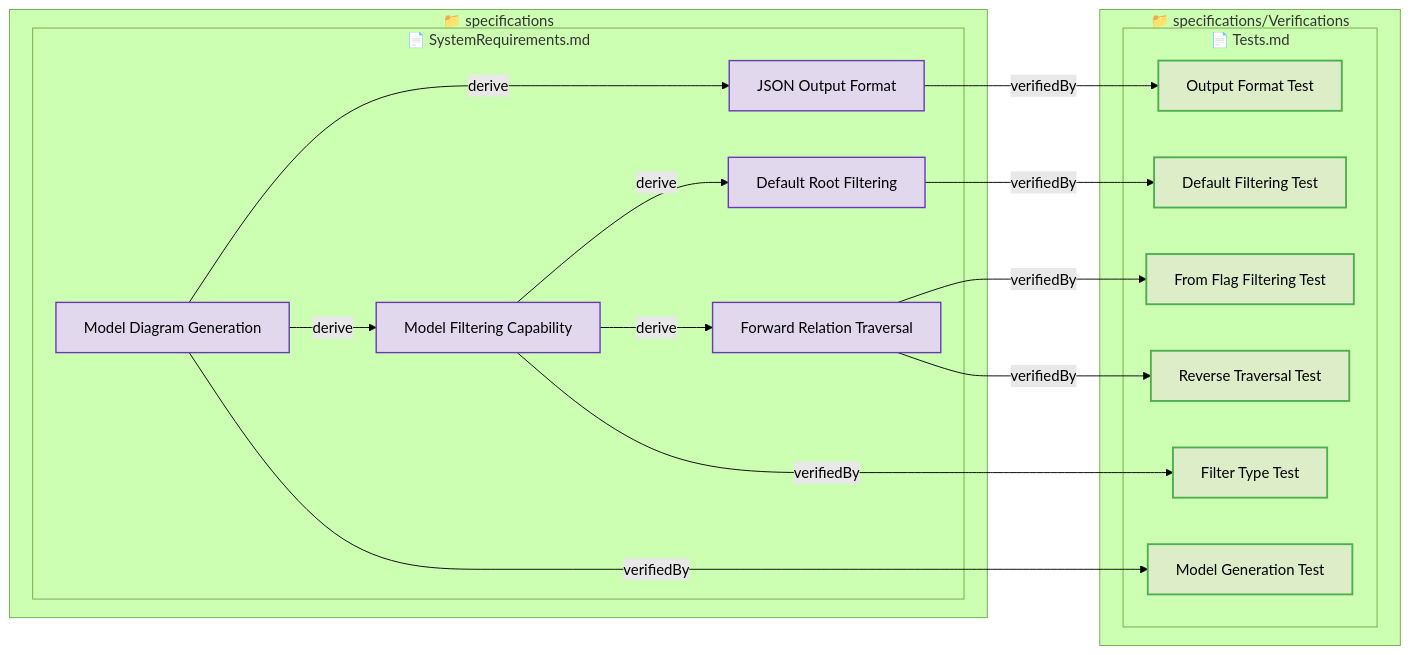
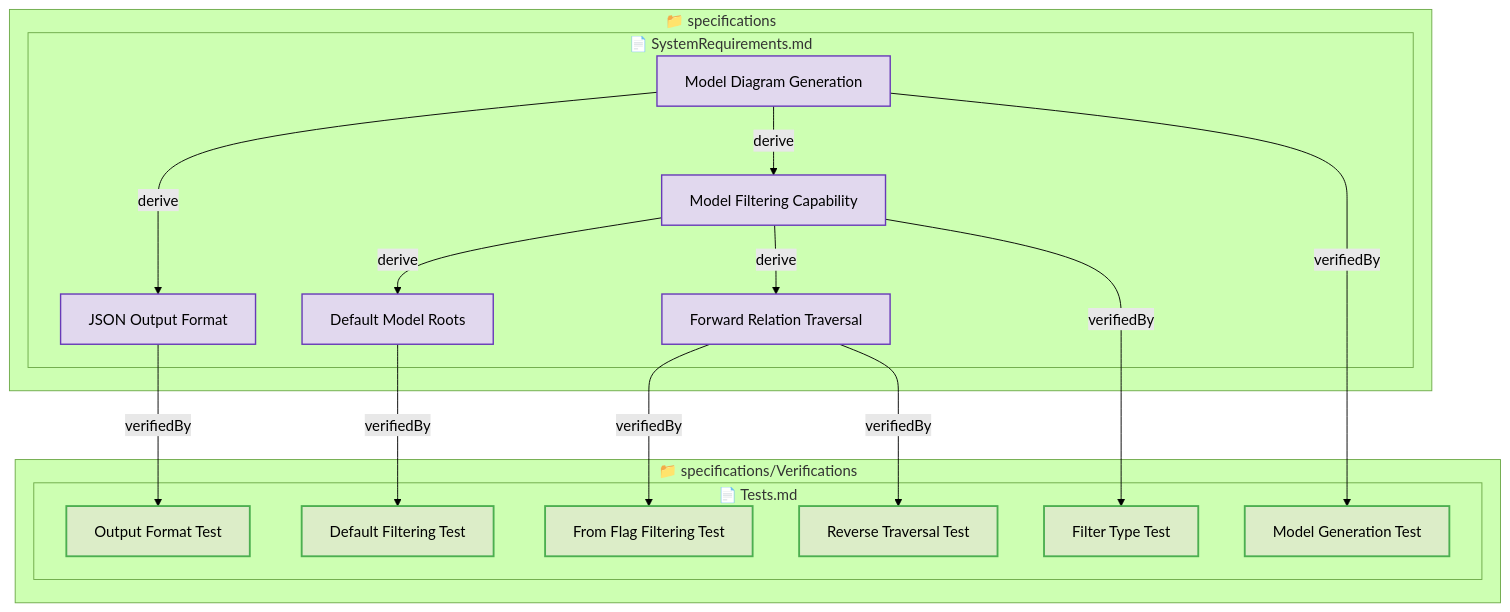
Before and after one commit to reqvire-org/reqvire: the diagram in tests/test-model-command/expected/expected_filtered_output.md, drawn with Mermaid (forest theme). The commit also changed 446 other files, not shown here.

````diff
--- a/tests/test-model-command/expected/expected_filtered_output.md
+++ b/tests/test-model-command/expected/expected_filtered_output.md
@@ -11,62 +11,63 @@
 ```mermaid
-graph LR
-  classDef userRequirement fill:#D1C4E9,stroke:#7E57C2,stroke-width:2px;
+graph TD
+  classDef feature fill:#BBDEFB,stroke:#1976D2,stroke-width:2.5px;
   classDef systemRequirement fill:#E1D8EE,stroke:#673AB7,stroke-width:1.5px;
+  classDef ontology fill:#F4E3A1,stroke:#B08A00,stroke-width:2px;
   classDef verification fill:#DCEDC8,stroke:#4CAF50,stroke-width:2px;
   classDef default fill:#F5F5F5,stroke:#424242,stroke-width:1.5px;
 
   classDef folder fill:#FAFAFA,stroke:#9E9E9E,stroke-width:3px;
   classDef file fill:#FFF8E1,stroke:#FFCA28,stroke-width:2px;
 
   subgraph 9d68b769fcbc79d0["📁 specifications"]
     subgraph 77808752d543f615["📄 SystemRequirements.md"]
-      6208b4add030277e["Default Root Filtering"];
-      class 6208b4add030277e systemRequirement;
-      click 6208b4add030277e "specifications/SystemRequirements.md#default-root-filtering";
+      f352ca56d3ce0fdd["Default Model Roots"];
+      class f352ca56d3ce0fdd systemRequirement;
+      click f352ca56d3ce0fdd "specifications/SystemRequirements.md#default-model-roots";
       f7eb2f9d9cd7bb11["Forward Relation Traversal"];
       class f7eb2f9d9cd7bb11 systemRequirement;
       click f7eb2f9d9cd7bb11 "specifications/SystemRequirements.md#forward-relation-traversal";
       5abb4a3caae293d9["JSON Output Format"];
       class 5abb4a3caae293d9 systemRequirement;
       click 5abb4a3caae293d9 "specifications/SystemRequirements.md#json-output-format";
       b7ec4bb3813f1dea["Model Diagram Generation"];
       class b7ec4bb3813f1dea systemRequirement;
       click b7ec4bb3813f1dea "specifications/SystemRequirements.md#model-diagram-generation";
       836c732a54d7f48f["Model Filtering Capability"];
       class 836c732a54d7f48f systemRequirement;
       click 836c732a54d7f48f "specifications/SystemRequirements.md#model-filtering-capability";
     end
   end
   subgraph 9f0649e759bd2822["📁 specifications/Verifications"]
     subgraph 7d9dffd79ed1d5b8["📄 Tests.md"]
       a2368d1b4b67f0d7["Default Filtering Test"];
       class a2368d1b4b67f0d7 verification;
       click a2368d1b4b67f0d7 "specifications/Verifications/Tests.md#default-filtering-test";
       bbd610799ac8e00f["Filter Type Test"];
       class bbd610799ac8e00f verification;
       click bbd610799ac8e00f "specifications/Verifications/Tests.md#filter-type-test";
       293200814c46cd0d["From Flag Filtering Test"];
       class 293200814c46cd0d verification;
       click 293200814c46cd0d "specifications/Verifications/Tests.md#from-flag-filtering-test";
       6e0e2613c4bfcfcb["Model Generation Test"];
       class 6e0e2613c4bfcfcb verification;
       click 6e0e2613c4bfcfcb "specifications/Verifications/Tests.md#model-generation-test";
       2f7b3b3deb29891d["Output Format Test"];
       class 2f7b3b3deb29891d verification;
       click 2f7b3b3deb29891d "specifications/Verifications/Tests.md#output-format-test";
       fb891ab92c9824aa["Reverse Traversal Test"];
       class fb891ab92c9824aa verification;
       click fb891ab92c9824aa "specifications/Verifications/Tests.md#reverse-traversal-test";
     end
   end
   b7ec4bb3813f1dea -->|derive| 5abb4a3caae293d9;
   5abb4a3caae293d9 -->|verifiedBy| 2f7b3b3deb29891d;
   b7ec4bb3813f1dea -->|derive| 836c732a54d7f48f;
-  836c732a54d7f48f -->|derive| 6208b4add030277e;
-  6208b4add030277e -->|verifiedBy| a2368d1b4b67f0d7;
+  836c732a54d7f48f -->|derive| f352ca56d3ce0fdd;
+  f352ca56d3ce0fdd -->|verifiedBy| a2368d1b4b67f0d7;
   836c732a54d7f48f -->|derive| f7eb2f9d9cd7bb11;
   f7eb2f9d9cd7bb11 -->|verifiedBy| 293200814c46cd0d;
   f7eb2f9d9cd7bb11 -->|verifiedBy| fb891ab92c9824aa;
   836c732a54d7f48f -->|verifiedBy| bbd610799ac8e00f;
   b7ec4bb3813f1dea -->|verifiedBy| 6e0e2613c4bfcfcb;
 ```
````
